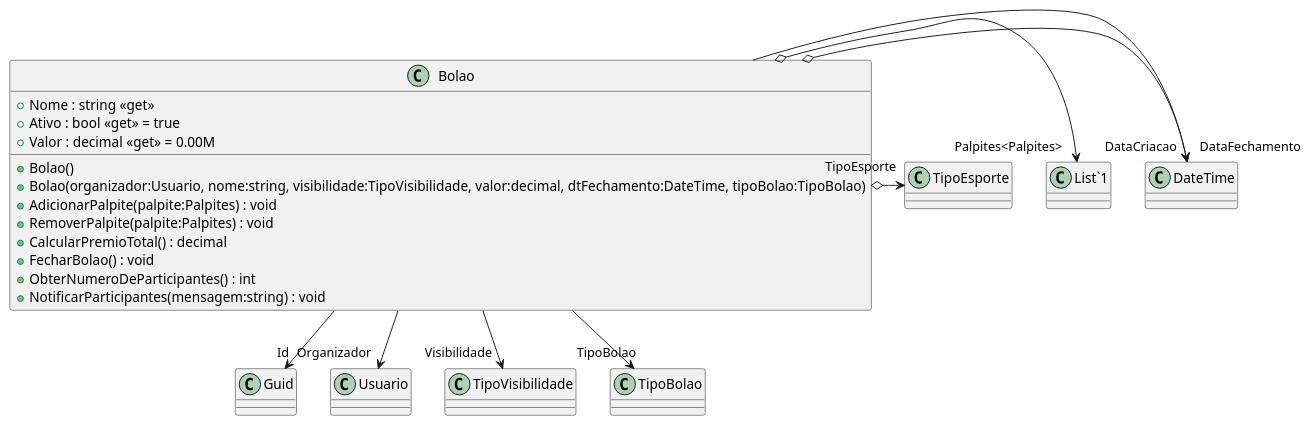
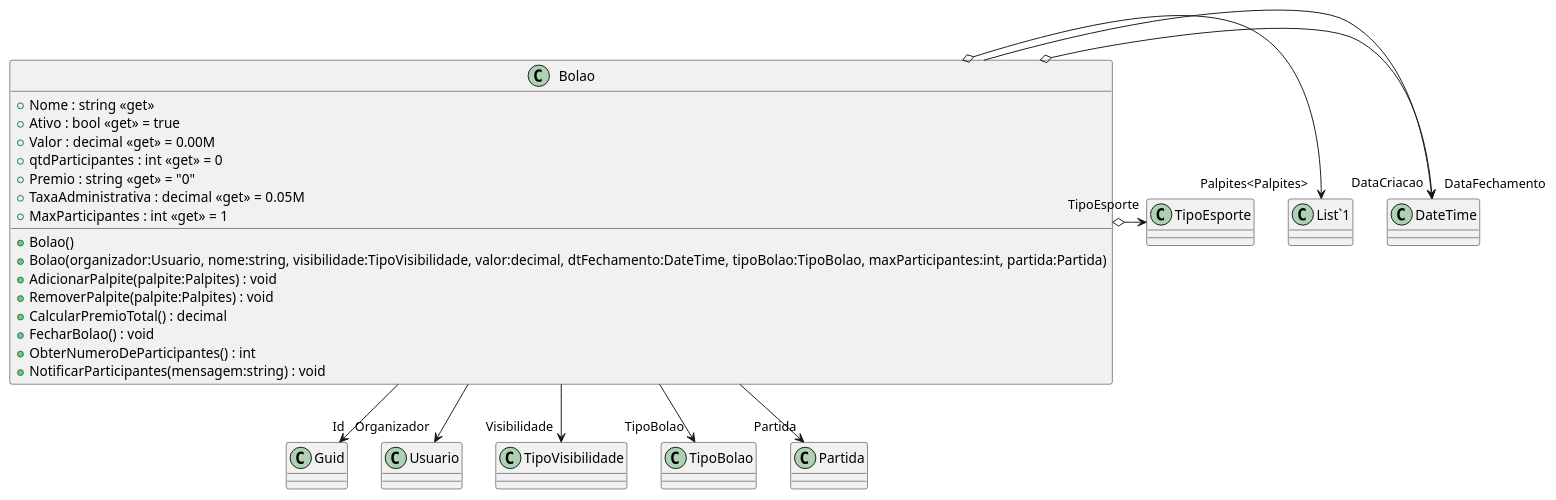
Before and after one commit to JoaoVitorJJV/bolaio-backend: the diagram in Bolao/Domain/Diagramas/Bolao.puml, drawn with PlantUML. The commit also changed 43 other files, not shown here.

```diff
--- a/Bolao/Domain/Diagramas/Bolao.puml
+++ b/Bolao/Domain/Diagramas/Bolao.puml
@@ -1,23 +1,28 @@
 @startuml
 class Bolao {
     + Nome : string <<get>>
     + Ativo : bool <<get>> = true
     + Valor : decimal <<get>> = 0.00M
+    + qtdParticipantes : int <<get>> = 0
+    + Premio : string <<get>> = "0"
+    + TaxaAdministrativa : decimal <<get>> = 0.05M
+    + MaxParticipantes : int <<get>> = 1
     + Bolao()
-    + Bolao(organizador:Usuario, nome:string, visibilidade:TipoVisibilidade, valor:decimal, dtFechamento:DateTime, tipoBolao:TipoBolao)
+    + Bolao(organizador:Usuario, nome:string, visibilidade:TipoVisibilidade, valor:decimal, dtFechamento:DateTime, tipoBolao:TipoBolao, maxParticipantes:int, partida:Partida)
     + AdicionarPalpite(palpite:Palpites) : void
     + RemoverPalpite(palpite:Palpites) : void
     + CalcularPremioTotal() : decimal
     + FecharBolao() : void
     + ObterNumeroDeParticipantes() : int
     + NotificarParticipantes(mensagem:string) : void
 }
 Bolao --> "Id" Guid
 Bolao --> "Organizador" Usuario
 Bolao o-> "DataCriacao" DateTime
 Bolao --> "DataFechamento" DateTime
 Bolao --> "Visibilidade" TipoVisibilidade
 Bolao o-> "Palpites<Palpites>" "List`1"
 Bolao o-> "TipoEsporte" TipoEsporte
 Bolao --> "TipoBolao" TipoBolao
+Bolao --> "Partida" Partida
 @enduml
```
